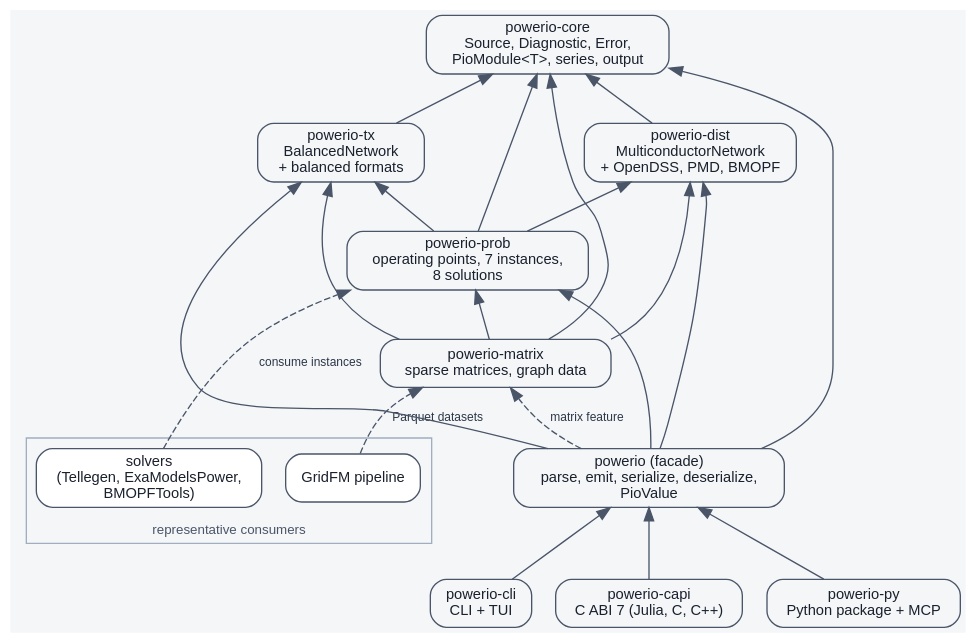
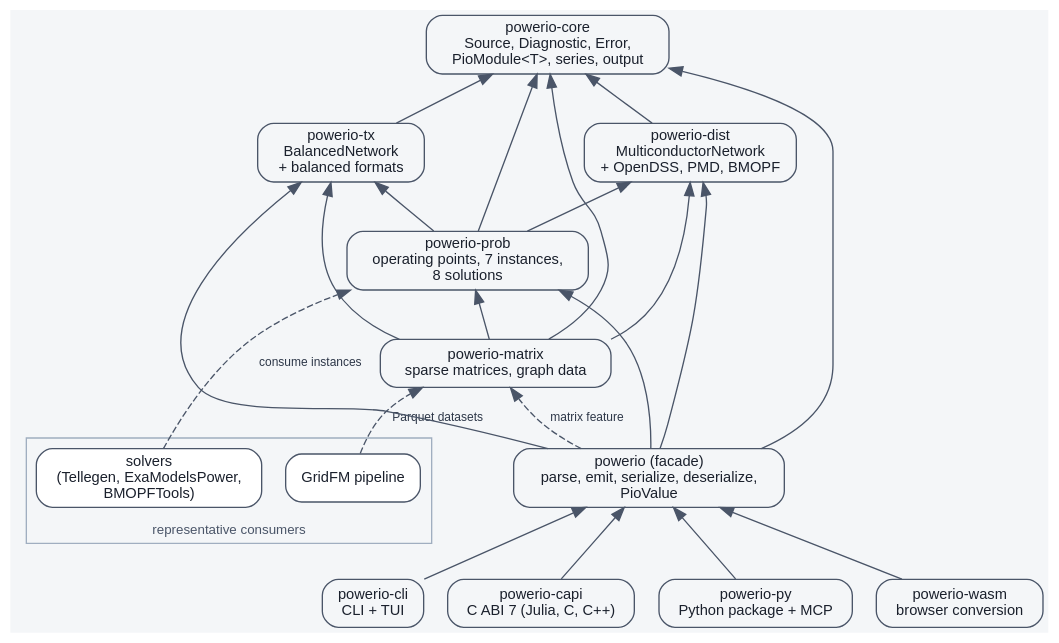
The diagram in docs/diagrams/architecture.dot (eigenergy/powerio), drawn with Graphviz before and after one commit. The commit also changed 4 other files, not shown here.

Commit message:
Complete browser format detection and architecture documentation

```diff
--- a/docs/diagrams/architecture.dot
+++ b/docs/diagrams/architecture.dot
@@ -1,56 +1,58 @@
 // The primary architecture map: components, dependency direction, and the
 // two network families. Edges read "depends on" unless labeled. Checked
 // against cargo metadata by scripts/check-architecture-map.py; the committed
 // SVG is generated by the same script. Node ids that name crates must match
 // workspace member names exactly.
 digraph powerio_architecture {
     rankdir = BT;
     bgcolor = "#f4f6f8";
     node [shape = box, style = "rounded,filled", fillcolor = "#f4f6f8",
           color = "#4a5568", fontname = "Helvetica", fontsize = 11,
           fontcolor = "#1a202c"];
     edge [color = "#4a5568", fontname = "Helvetica", fontsize = 9,
           fontcolor = "#2d3748"];
 
     subgraph cluster_consumers {
         label = "representative consumers";
         fontname = "Helvetica"; fontsize = 10; color = "#a0aec0"; fontcolor = "#4a5568";
         solvers [label = "solvers\n(Tellegen, ExaModelsPower,\nBMOPFTools)", fillcolor = "#ffffff"];
         gridfm_ml [label = "GridFM pipeline", fillcolor = "#ffffff"];
     }
 
     "powerio-cli" [label = "powerio-cli\nCLI + TUI"];
     "powerio-capi" [label = "powerio-capi\nC ABI 7 (Julia, C, C++)"];
     "powerio-py" [label = "powerio-py\nPython package + MCP"];
+    "powerio-wasm" [label = "powerio-wasm\nbrowser conversion"];
 
     powerio [label = "powerio (facade)\nparse, emit, serialize, deserialize,\nPioValue"];
 
     "powerio-matrix" [label = "powerio-matrix\nsparse matrices, graph data"];
     "powerio-prob" [label = "powerio-prob\noperating points, 7 instances,\n8 solutions"];
 
     "powerio-tx" [label = "powerio-tx\nBalancedNetwork\n+ balanced formats"];
     "powerio-dist" [label = "powerio-dist\nMulticonductorNetwork\n+ OpenDSS, PMD, BMOPF"];
 
     "powerio-core" [label = "powerio-core\nSource, Diagnostic, Error,\nPioModule<T>, series, output"];
 
     "powerio-tx" -> "powerio-core";
     "powerio-dist" -> "powerio-core";
     "powerio-prob" -> "powerio-core";
     "powerio-prob" -> "powerio-tx";
     "powerio-prob" -> "powerio-dist";
     "powerio-matrix" -> "powerio-core";
     "powerio-matrix" -> "powerio-tx";
     "powerio-matrix" -> "powerio-dist";
     "powerio-matrix" -> "powerio-prob";
     powerio -> "powerio-core";
     powerio -> "powerio-tx";
     powerio -> "powerio-dist";
     powerio -> "powerio-prob";
     powerio -> "powerio-matrix" [label = "matrix feature", style = dashed];
     "powerio-cli" -> powerio;
     "powerio-capi" -> powerio;
     "powerio-py" -> powerio;
+    "powerio-wasm" -> powerio;
 
     solvers -> "powerio-prob" [label = "consume instances", style = dashed];
     gridfm_ml -> "powerio-matrix" [label = "Parquet datasets", style = dashed];
 }
```
